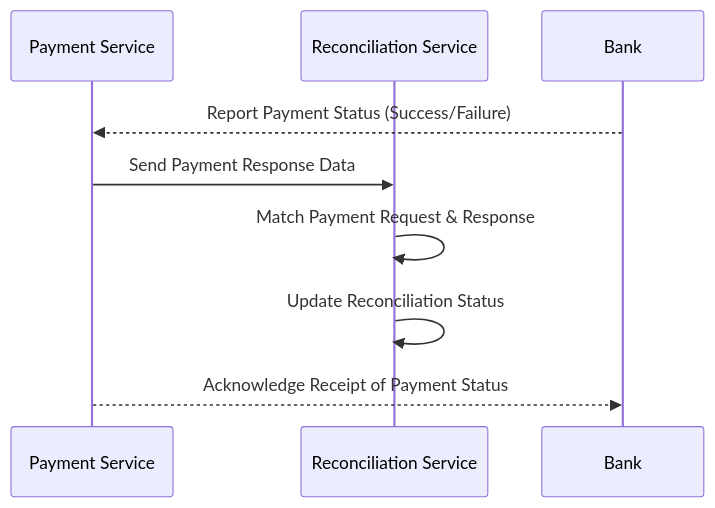
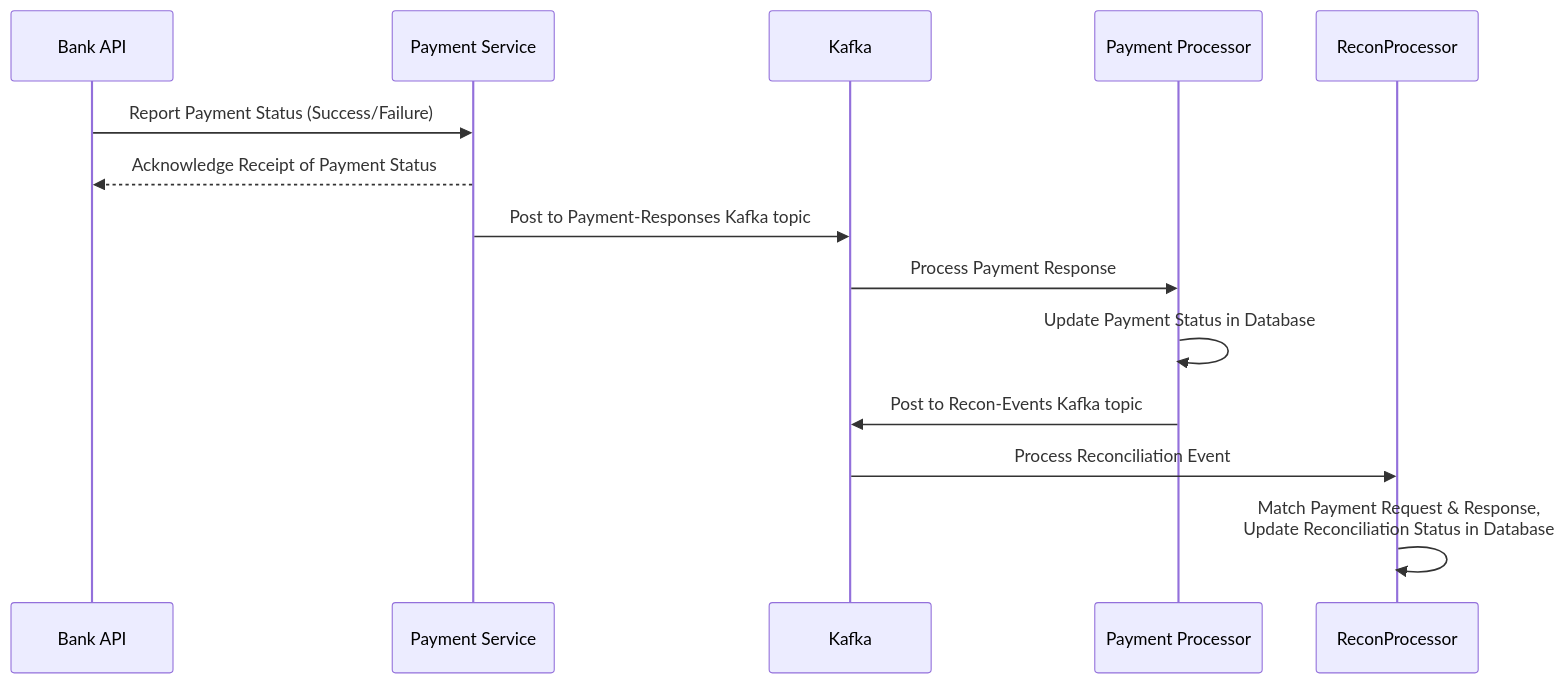
Before and after one commit to scaledapps/EPaaS: the fifth of 5 diagrams in README.md, drawn with Mermaid. The commit also changed other lines of this file and 8 other files, not shown here.

````diff
--- a/README.md
+++ b/README.md
@@ -288,12 +240,17 @@
 ```mermaid
 sequenceDiagram
+    participant Bank as Bank API
     participant PaymentService as Payment Service
-    participant ReconService as Reconciliation Service
-    participant Bank
+    participant Kafka as Kafka
+    participant PaymentProcessor as Payment Processor
 
-    Bank-->>PaymentService: Report Payment Status (Success/Failure)
-    PaymentService->>ReconService: Send Payment Response Data
-    ReconService->>ReconService: Match Payment Request & Response
-    ReconService->>ReconService: Update Reconciliation Status
+    Bank->>PaymentService: Report Payment Status (Success/Failure)
     PaymentService-->>Bank: Acknowledge Receipt of Payment Status
+    PaymentService->>Kafka: Post to Payment-Responses Kafka topic
+    Kafka->>PaymentProcessor: Process Payment Response
+    PaymentProcessor->>PaymentProcessor: Update Payment Status in Database
+    PaymentProcessor->>Kafka: Post to Recon-Events Kafka topic
+    Kafka->>ReconProcessor: Process Reconciliation Event
+    ReconProcessor->>ReconProcessor: Match Payment Request & Response,<br>Update Reconciliation Status in Database
+    
 ```
````
